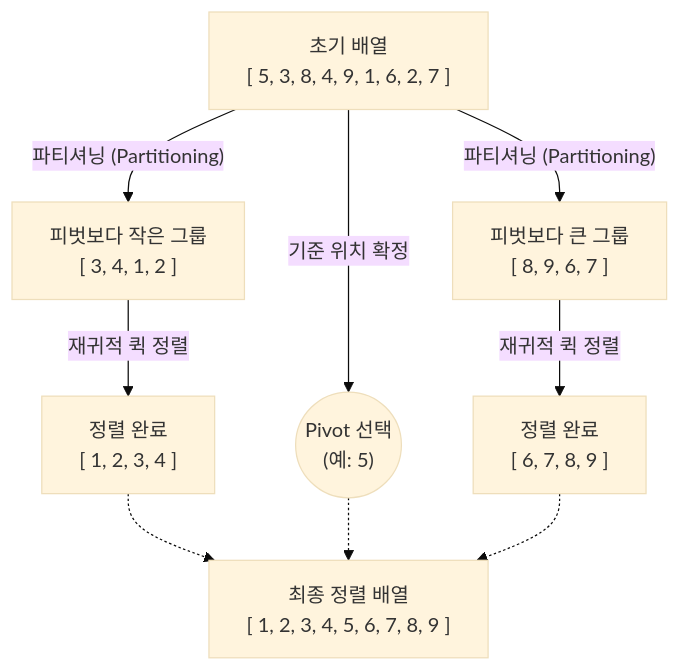
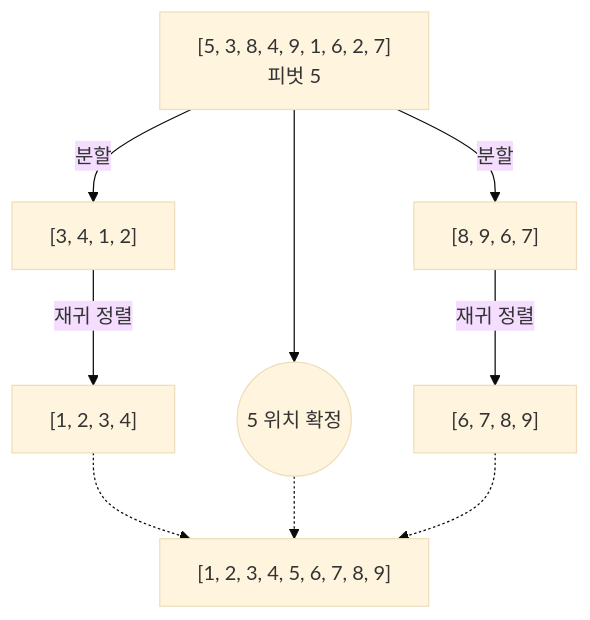
Before and after one commit to supremethumb/supremethumb.github.io: the diagram in content/01_IT Tech/퀵 정렬.md, drawn with Mermaid (base theme). The commit also changed other lines of this file and 1087 other files, not shown here.

````diff
--- a/content/01_IT Tech/퀵 정렬.md
+++ b/content/01_IT Tech/퀵 정렬.md
@@ -27,21 +35,11 @@
 ```mermaid
 flowchart TD
-    Init["초기 배열<br/>[ 5, 3, 8, 4, 9, 1, 6, 2, 7 ]"]
-    Pivot1(("Pivot 선택<br/>(예: 5)"))
-    
-    SubLeft1["피벗보다 작은 그룹<br/>[ 3, 4, 1, 2 ]"]
-    SubRight1["피벗보다 큰 그룹<br/>[ 8, 9, 6, 7 ]"]
-    
-    Init -->|"파티셔닝 (Partitioning)"| SubLeft1
-    Init -->|기준 위치 확정| Pivot1
-    Init -->|"파티셔닝 (Partitioning)"| SubRight1
-    
-    SubLeft1 -->|재귀적 퀵 정렬| SortedLeft["정렬 완료<br/>[ 1, 2, 3, 4 ]"]
-    SubRight1 -->|재귀적 퀵 정렬| SortedRight["정렬 완료<br/>[ 6, 7, 8, 9 ]"]
-    
-    SortedLeft -.-> Merge["최종 정렬 배열<br/>[ 1, 2, 3, 4, 5, 6, 7, 8, 9 ]"]
-    Pivot1 -.-> Merge
-    SortedRight -.-> Merge
-
-
+    A["[5, 3, 8, 4, 9, 1, 6, 2, 7]<br/>피벗 5"] -- "분할" --> L["[3, 4, 1, 2]"]
+    A --> P(("5 위치 확정"))
+    A -- "분할" --> R["[8, 9, 6, 7]"]
+    L -- "재귀 정렬" --> LS["[1, 2, 3, 4]"]
+    R -- "재귀 정렬" --> RS["[6, 7, 8, 9]"]
+    LS -.-> F["[1, 2, 3, 4, 5, 6, 7, 8, 9]"]
+    P -.-> F
+    RS -.-> F
 ```
````
